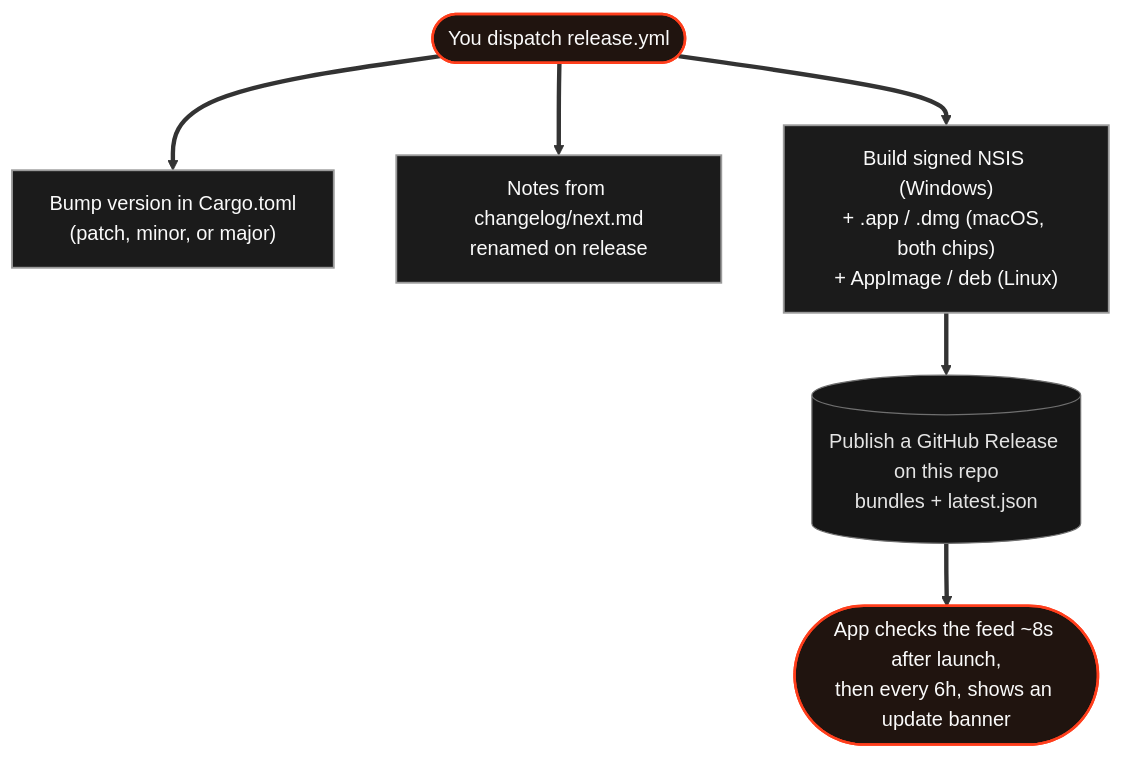
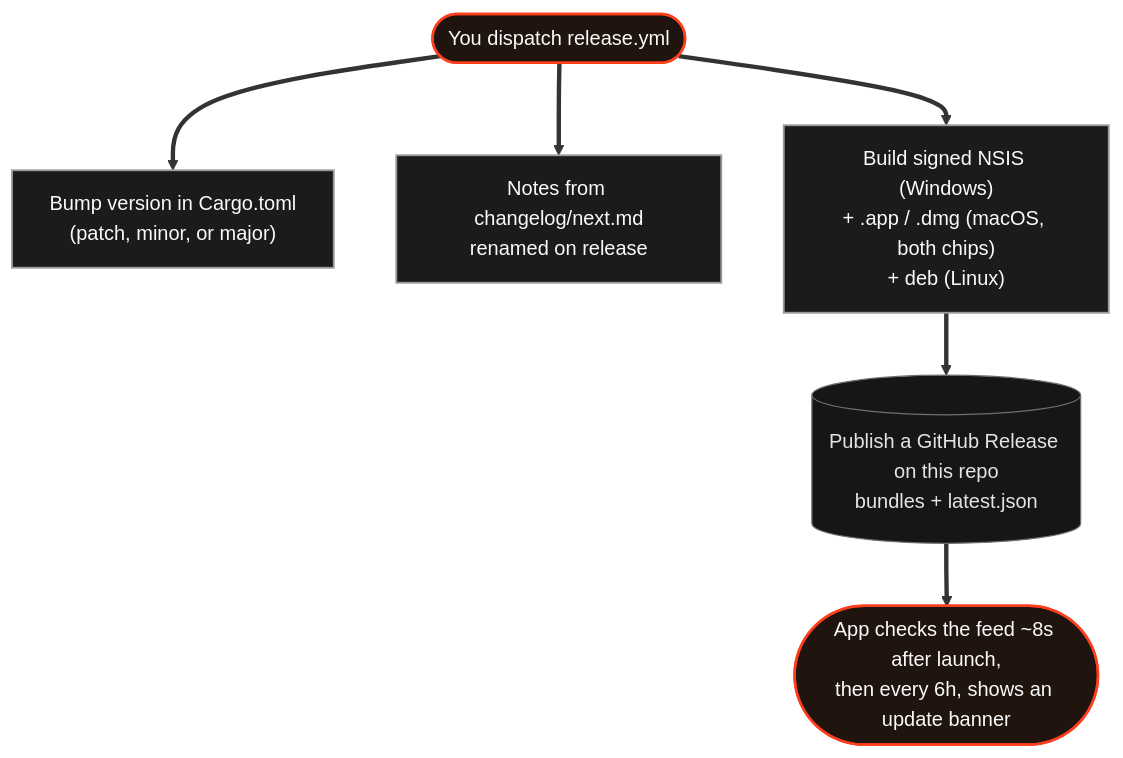
One commit to NotRover/RoverTools-Orange-Copy-Paste-App changed the diagram in docs/releasing.md. Above: the diagram before and after it, drawn with Mermaid. The commit also changed other lines of this file and 8 other files, not shown here.

First line of the commit message:
fix(release): ship linux as deb only and make it self-update

````diff
--- a/docs/releasing.md
+++ b/docs/releasing.md
@@ -37,14 +37,14 @@
 ```mermaid
 flowchart TB
     dispatch(["You dispatch release.yml"]):::start
     dispatch ==> bump["Bump version in Cargo.toml<br/>(patch, minor, or major)"]:::step
     dispatch ==> notes["Notes from changelog/next.md<br/>renamed on release"]:::step
-    dispatch ==> build["Build signed NSIS (Windows)<br/>+ .app / .dmg (macOS, both chips)<br/>+ AppImage / deb (Linux)"]:::step
+    dispatch ==> build["Build signed NSIS (Windows)<br/>+ .app / .dmg (macOS, both chips)<br/>+ deb (Linux)"]:::step
     build ==> publish[("Publish a GitHub Release on this repo<br/>bundles + latest.json")]:::store
     publish ==> banner(["App checks the feed ~8s after launch,<br/>then every 6h, shows an update banner"]):::out
 
     classDef start fill:#20140f,stroke:#ff3e1c,stroke-width:2px,color:#fafafa
     classDef step fill:#1b1b1b,stroke:#9a9a9a,stroke-width:1.5px,color:#fafafa
     classDef store fill:#161616,stroke:#6f6f6f,color:#e4e4e4
     classDef out fill:#20140f,stroke:#ff3e1c,stroke-width:2px,color:#fafafa
 ```
````
